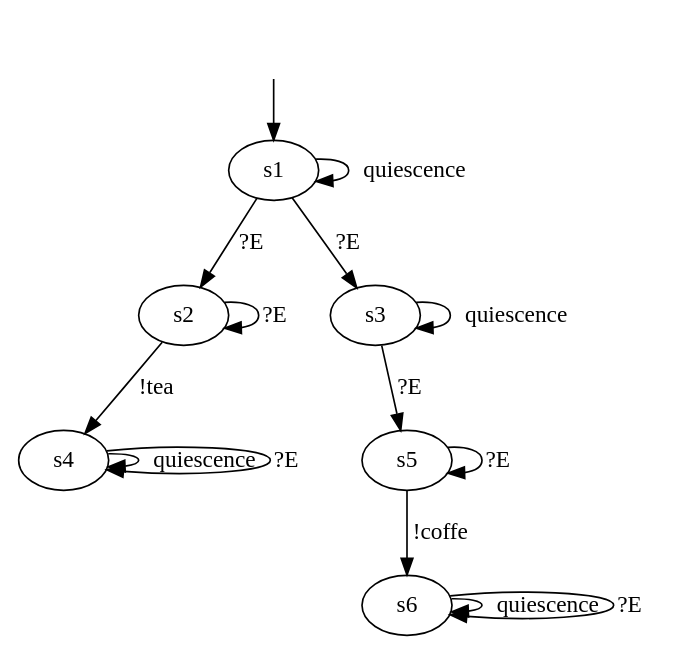
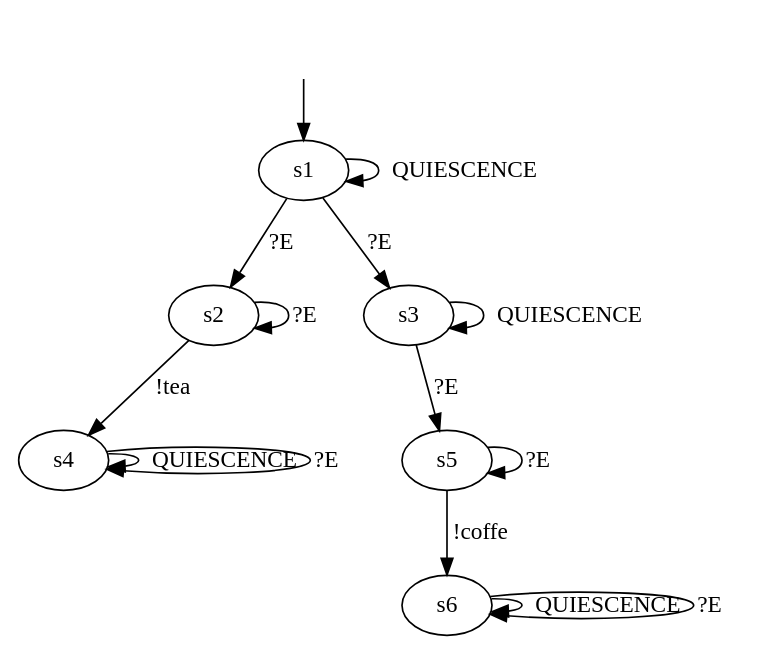
Before and after one commit to haubitzer/AALpy: the diagram in DotModels/Iolts/05_iolts.dot, drawn with Graphviz. The commit also changed 58 other files, not shown here.

```diff
--- a/DotModels/Iolts/05_iolts.dot
+++ b/DotModels/Iolts/05_iolts.dot
@@ -1,23 +1,23 @@
 digraph "../../DotModels/Iolts/05_iolts.dot" {
 s1 [label=s1];
 s2 [label=s2];
 s3 [label=s3];
 s4 [label=s4];
 s5 [label=s5];
 s6 [label=s6];
-s1 -> s1  [label=quiescence];
+s1 -> s1  [label=QUIESCENCE];
 s1 -> s3  [label="?E"];
 s1 -> s2  [label="?E"];
 s2 -> s2  [label="?E"];
 s2 -> s4  [label="!tea"];
-s3 -> s3  [label=quiescence];
+s3 -> s3  [label=QUIESCENCE];
 s3 -> s5  [label="?E"];
-s4 -> s4  [label=quiescence];
+s4 -> s4  [label=QUIESCENCE];
 s4 -> s4  [label="?E"];
 s5 -> s6  [label="!coffe"];
 s5 -> s5  [label="?E"];
-s6 -> s6  [label=quiescence];
+s6 -> s6  [label=QUIESCENCE];
 s6 -> s6  [label="?E"];
 __start0 [label="", shape=none];
 __start0 -> s1  [label=""];
 }
```
